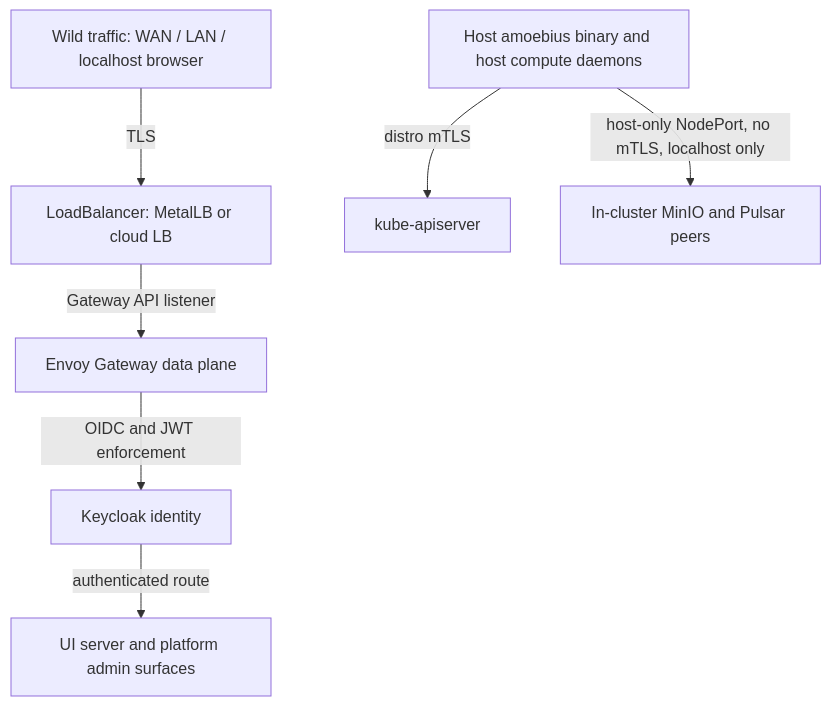
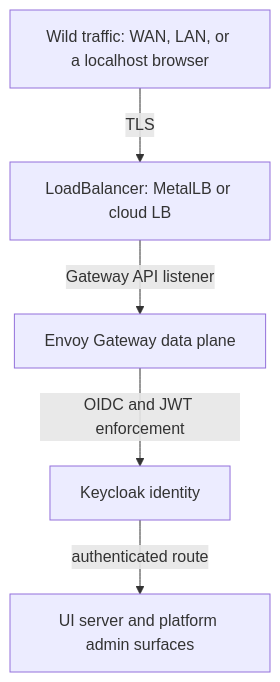
The first of 2 diagrams in documents/engineering/platform_services_doctrine.md (Tuee22/amoebius), drawn with Mermaid before and after one commit. The commit also changed other lines of this file and 509 other files, not shown here.

````diff
--- a/documents/engineering/platform_services_doctrine.md
+++ b/documents/engineering/platform_services_doctrine.md
@@ -343,9 +373,8 @@
 ```mermaid
 flowchart TD
-  wild[Wild traffic: WAN / LAN / localhost browser] -->|TLS| lb[LoadBalancer: MetalLB or cloud LB]
-  lb -->|Gateway API listener| envoy[Envoy Gateway data plane]
-  envoy -->|OIDC and JWT enforcement| kc[Keycloak identity]
-  kc -->|authenticated route| app[UI server and platform admin surfaces]
-  host[Host amoebius binary and host compute daemons] -->|distro mTLS| api[kube-apiserver]
-  host -->|host-only NodePort, no mTLS, localhost only| peers[In-cluster MinIO and Pulsar peers]
+%% register: orientation
+  wild["Wild traffic: WAN, LAN, or a localhost browser"] -->|"TLS"| lb["LoadBalancer: MetalLB or cloud LB"]
+  lb -->|"Gateway API listener"| envoy["Envoy Gateway data plane"]
+  envoy -->|"OIDC and JWT enforcement"| kc["Keycloak identity"]
+  kc -->|"authenticated route"| app["UI server and platform admin surfaces"]
 ```
````
